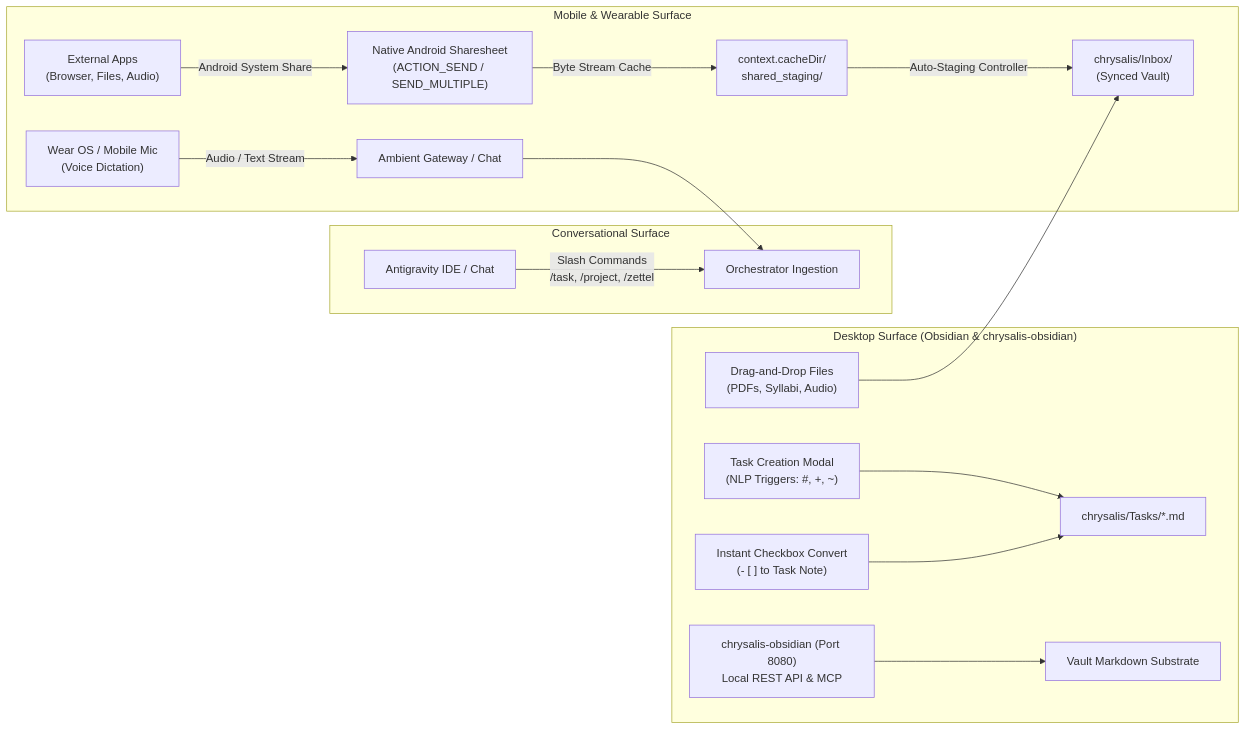
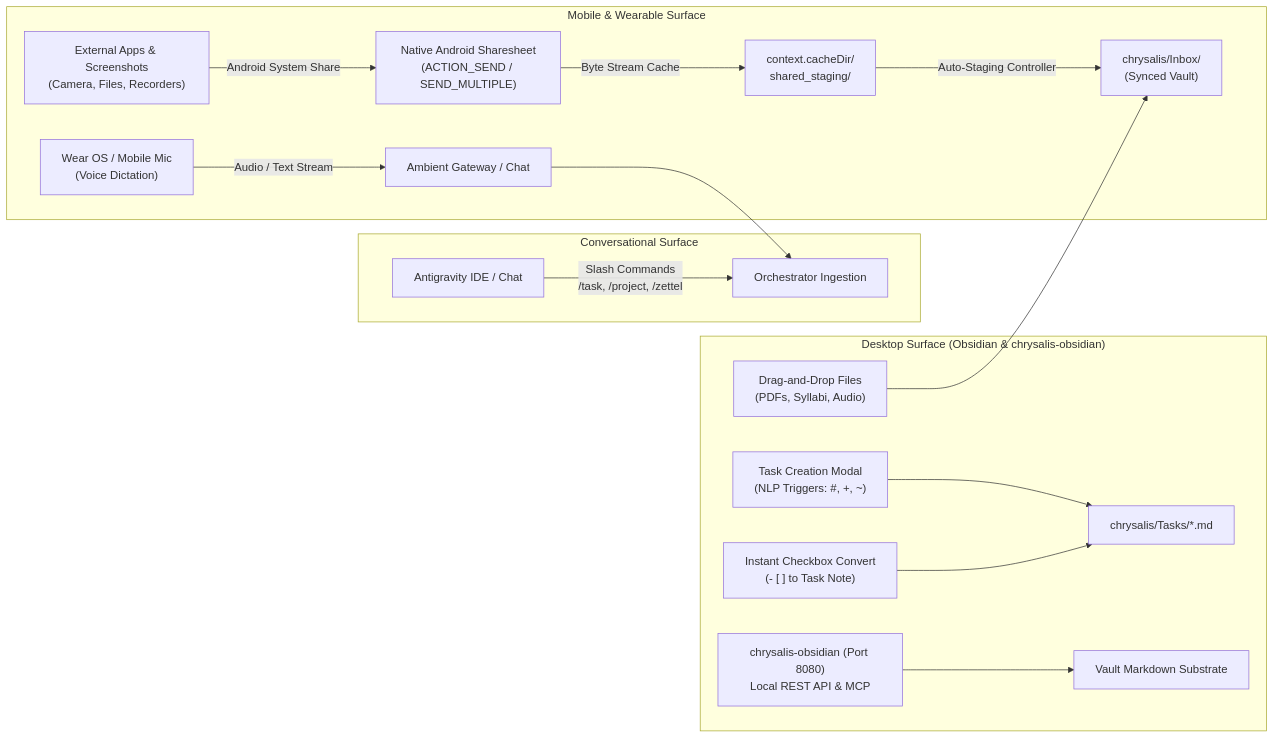
Before and after one commit to tama-gucci/chrysalis: the first of 3 diagrams in README.md, drawn with Mermaid. The commit also changed other lines of this file and 2 other files, not shown here.

Commit message:
docs: overhaul READMEs with development timeline, progress bars, and accurate toolchain caveats

````diff
--- a/README.md
+++ b/README.md
@@ -70,21 +108,21 @@
 ```mermaid
 flowchart LR
     subgraph MobileDevice ["Mobile & Wearable Surface"]
-        ExtApp["External Apps<br/>(Browser, Files, Audio)"] -->|Android System Share| NativeShare["Native Android Sharesheet<br/>(ACTION_SEND / SEND_MULTIPLE)"]
+        ExtApp["External Apps & Screenshots<br/>(Camera, Files, Recorders)"] -->|Android System Share| NativeShare["Native Android Sharesheet<br/>(ACTION_SEND / SEND_MULTIPLE)"]
         NativeShare -->|Byte Stream Cache| StagingDir["context.cacheDir/<br/>shared_staging/"]
         StagingDir -->|Auto-Staging Controller| VaultInbox["chrysalis/Inbox/<br/>(Synced Vault)"]
         VoiceMic["Wear OS / Mobile Mic<br/>(Voice Dictation)"] -->|Audio / Text Stream| GatewayInput["Ambient Gateway / Chat"]
     end
 
     subgraph ChatSurface ["Conversational Surface"]
         Chat["Antigravity IDE / Chat"] -->|Slash Commands<br/>/task, /project, /zettel| OrchestratorRouter["Orchestrator Ingestion"]
         GatewayInput --> OrchestratorRouter
     end
 
     subgraph DesktopSurface ["Desktop Surface (Obsidian & chrysalis-obsidian)"]
         ModalCapture["Task Creation Modal<br/>(NLP Triggers: #, +, ~)"] --> TasksNotes["chrysalis/Tasks/*.md"]
         InlineConvert["Instant Checkbox Convert<br/>(- [ ] to Task Note)"] --> TasksNotes
         DragDrop["Drag-and-Drop Files<br/>(PDFs, Syllabi, Audio)"] --> VaultInbox
         ObsidianAPI["chrysalis-obsidian (Port 8080)<br/>Local REST API & MCP"] --> LocalVault["Vault Markdown Substrate"]
     end
 ```
````
